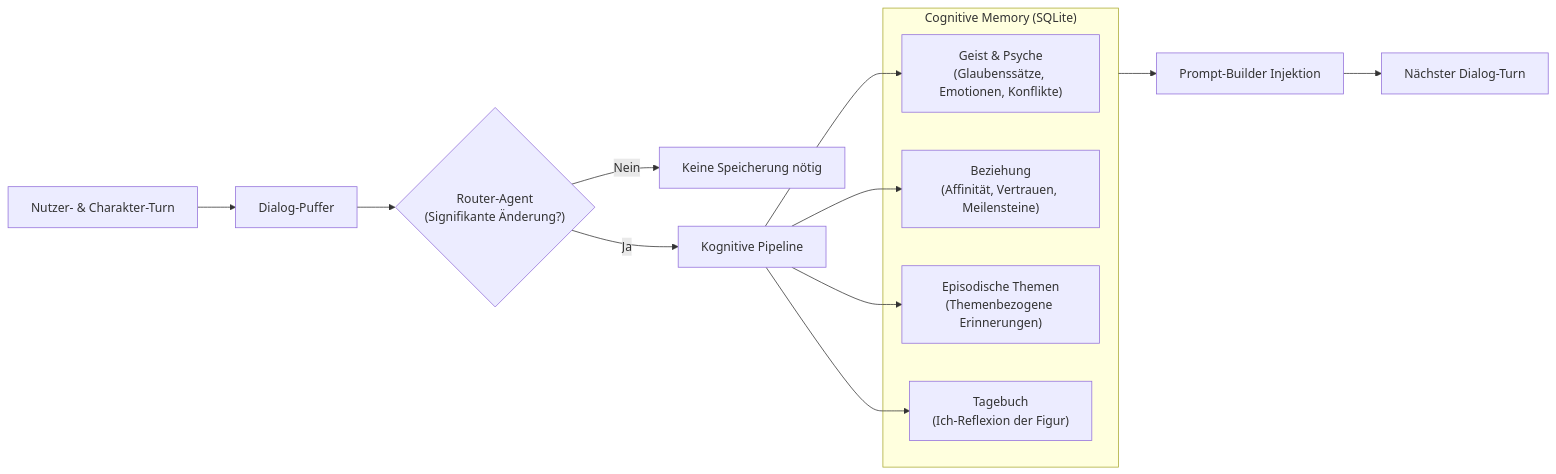
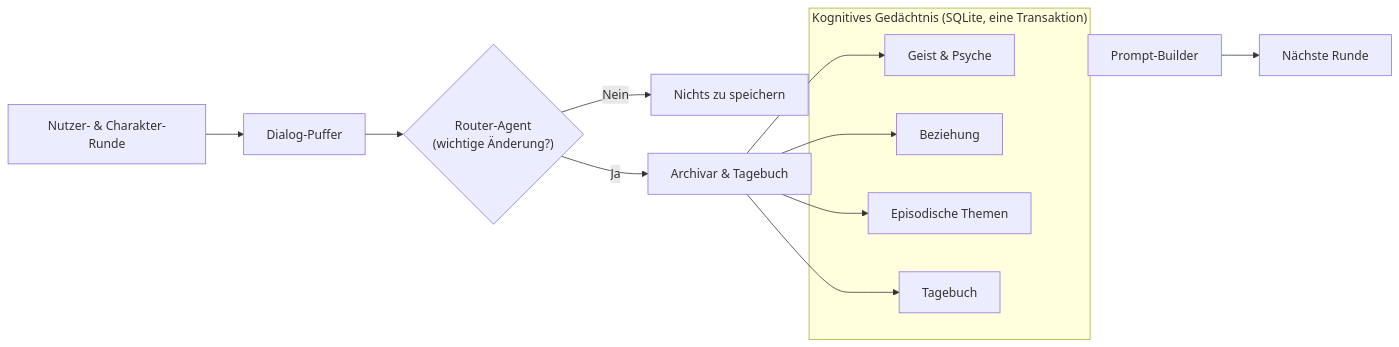
The second of 2 diagrams in README.de.md (SnowwhiteOakheart/OtakuSoul), drawn with Mermaid before and after one commit. The commit also changed other lines of this file and 45 other files, not shown here.

````diff
--- a/README.de.md
+++ b/README.de.md
@@ -210,23 +223,15 @@
 ```mermaid
 flowchart LR
-    Turn["Nutzer- & Charakter-Turn"] --> Buffer["Dialog-Puffer"]
-    Buffer --> Router{"Router-Agent\n(Signifikante Änderung?)"}
-
-    Router -->|Nein| Idle["Keine Speicherung nötig"]
-    Router -->|Ja| Pipeline["Kognitive Pipeline"]
-
-    subgraph SQLiteMemory["Cognitive Memory (SQLite)"]
-        Psyche["Geist & Psyche\n(Glaubenssätze, Emotionen, Konflikte)"]
-        Rel["Beziehung\n(Affinität, Vertrauen, Meilensteine)"]
-        Episodes["Episodische Themen\n(Themenbezogene Erinnerungen)"]
-        Diary["Tagebuch\n(Ich-Reflexion der Figur)"]
+    Turn["Nutzer- & Charakter-Runde"] --> Buffer["Dialog-Puffer"]
+    Buffer --> Router{"Router-Agent<br/>(wichtige Änderung?)"}
+    Router -->|Nein| Idle["Nichts zu speichern"]
+    Router -->|Ja| Pipeline["Archivar & Tagebuch"]
+    subgraph SQLiteMemory["Kognitives Gedächtnis (SQLite, eine Transaktion)"]
+        Psyche["Geist & Psyche"]
+        Rel["Beziehung"]
+        Episodes["Episodische Themen"]
+        Diary["Tagebuch"]
     end
-
-    Pipeline --> Psyche
-    Pipeline --> Rel
-    Pipeline --> Episodes
-    Pipeline --> Diary
-
-    SQLiteMemory --> Prompt["Prompt-Builder Injektion"]
-    Prompt --> NextTurn["Nächster Dialog-Turn"]
+    Pipeline --> Psyche & Rel & Episodes & Diary
+    SQLiteMemory --> Prompt["Prompt-Builder"] --> Next["Nächste Runde"]
 ```
````
